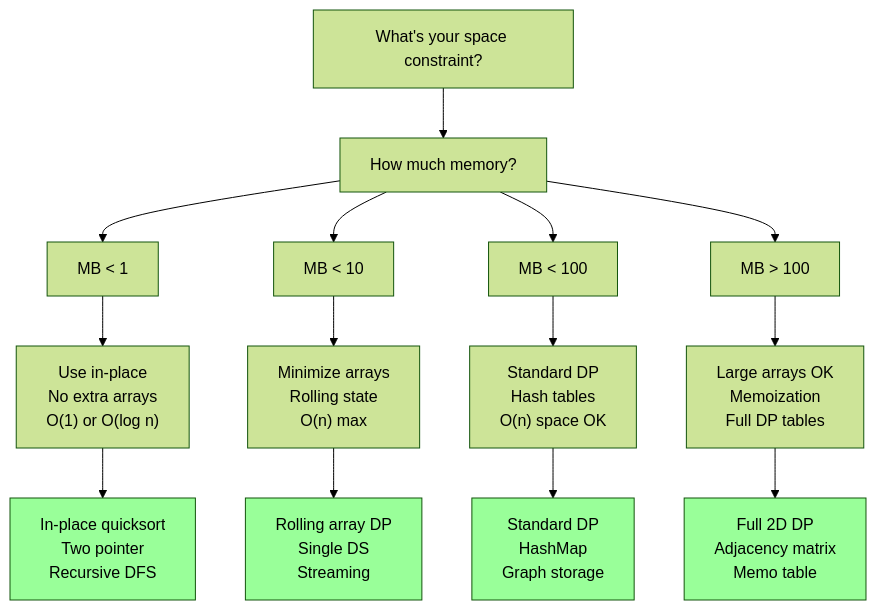
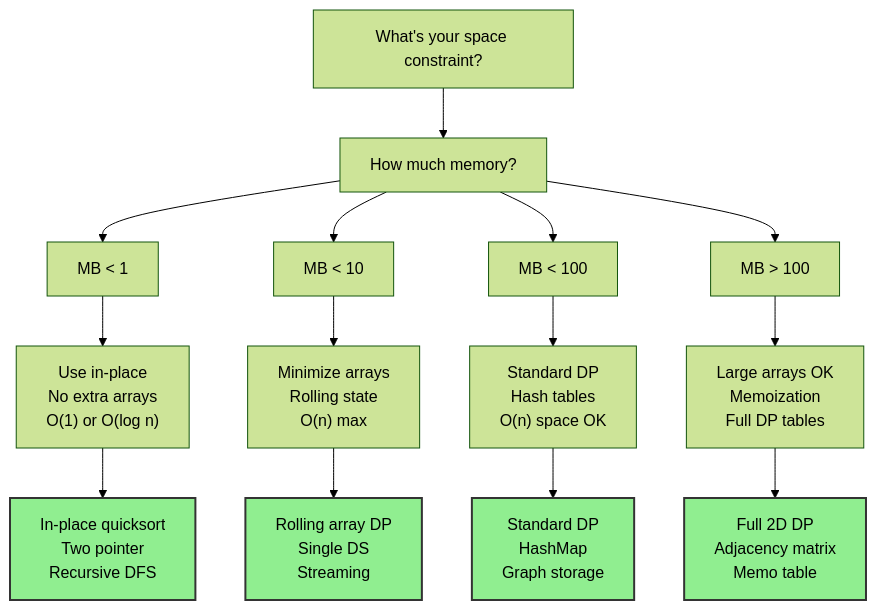
The third of 7 diagrams in docs/guides/algorithm_selection_guide.md (souradeepta/interviewprep), drawn with Mermaid (forest theme) before and after one commit. The commit also changed other lines of this file and 31 other files, not shown here.

Commit message:
updated graphs

````diff
--- a/docs/guides/algorithm_selection_guide.md
+++ b/docs/guides/algorithm_selection_guide.md
@@ -253,26 +253,26 @@
 ```mermaid
 graph TD
     A["What's your space constraint?"] --> B["How much memory?"]
     
     B --> C["MB < 1"]
     C --> D1["Use in-place<br/>No extra arrays<br/>O(1) or O(log n)"]
     
     B --> E["MB < 10"]
     E --> D2["Minimize arrays<br/>Rolling state<br/>O(n) max"]
     
     B --> F["MB < 100"]
     F --> D3["Standard DP<br/>Hash tables<br/>O(n) space OK"]
     
     B --> G["MB > 100"]
     G --> D4["Large arrays OK<br/>Memoization<br/>Full DP tables"]
     
     D1 --> H["In-place quicksort<br/>Two pointer<br/>Recursive DFS"]
     D2 --> I["Rolling array DP<br/>Single DS<br/>Streaming"]
     D3 --> J["Standard DP<br/>HashMap<br/>Graph storage"]
     D4 --> K["Full 2D DP<br/>Adjacency matrix<br/>Memo table"]
     
-    style H fill:#99ff99
-    style I fill:#99ff99
-    style J fill:#99ff99
-    style K fill:#99ff99
+    style H fill:#90ee90,color:#000,stroke:#333,stroke-width:2px
+    style I fill:#90ee90,color:#000,stroke:#333,stroke-width:2px
+    style J fill:#90ee90,color:#000,stroke:#333,stroke-width:2px
+    style K fill:#90ee90,color:#000,stroke:#333,stroke-width:2px
 ```
````
